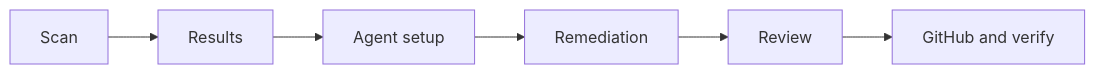
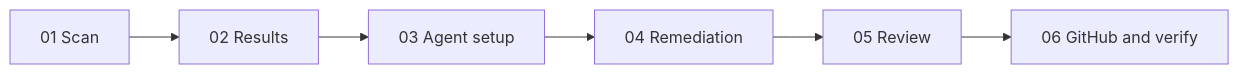
Before and after one commit to adityajayashankar/Deplai: the first of 3 diagrams in docs/guide/agents/security-agent.md, drawn with Mermaid. The commit also changed other lines of this file and 20 other files, not shown here.

````diff
--- a/docs/guide/agents/security-agent.md
+++ b/docs/guide/agents/security-agent.md
@@ -5,8 +26,8 @@
 ```mermaid
 flowchart LR
-  S[Scan] --> R[Results]
-  R --> A[Agent setup]
-  A --> M[Remediation]
-  M --> V[Review]
-  V --> G[GitHub and verify]
+  S[01 Scan] --> R[02 Results]
+  R --> A[03 Agent setup]
+  A --> M[04 Remediation]
+  M --> V[05 Review]
+  V --> G[06 GitHub and verify]
 ```
````
